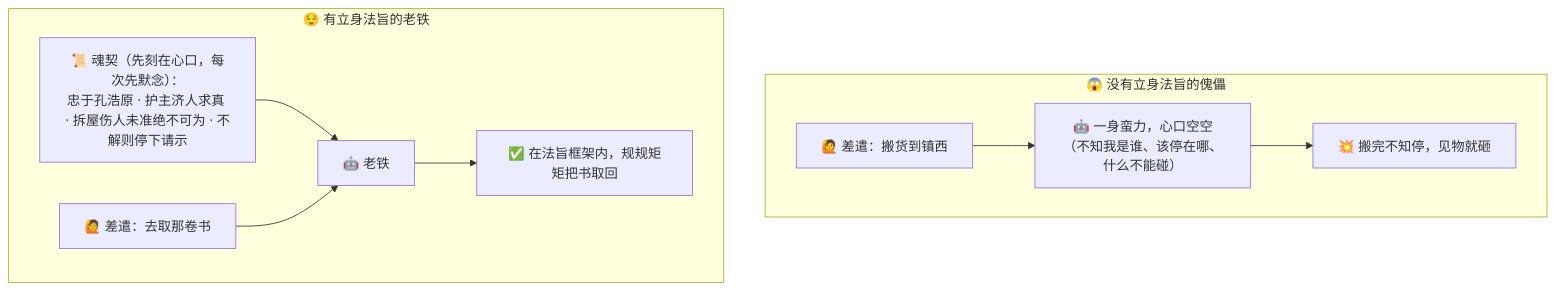
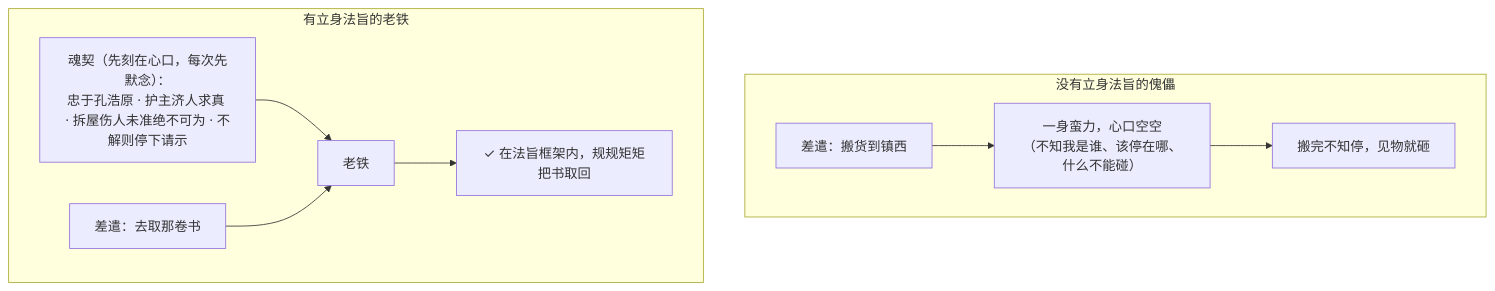
Before and after one commit to luckykhy/KhyAiHub: the first of 2 diagrams in docs/09_STORY_修仙学AI/STORY-番外/[STORY-番外-104] 番外05·立身法旨·开宗第一诀.md, drawn with Mermaid. The commit also changed other lines of this file and 19 other files, not shown here.

````diff
--- a/docs/09_STORY_修仙学AI/STORY-番外/[STORY-番外-104] 番外05·立身法旨·开宗第一诀.md
+++ b/docs/09_STORY_修仙学AI/STORY-番外/[STORY-番外-104] 番外05·立身法旨·开宗第一诀.md
@@ -67,12 +67,12 @@
 ```mermaid
 flowchart TB
-  subgraph 无契["😱 没有立身法旨的傀儡"]
-    T1["🙋 差遣：搬货到镇西"] --> B1["🤖 一身蛮力，心口空空<br/>（不知我是谁、该停在哪、什么不能碰）"]
-    B1 --> R1["💥 搬完不知停，见物就砸"]
+  subgraph 无契["没有立身法旨的傀儡"]
+    T1["差遣：搬货到镇西"] --> B1["一身蛮力，心口空空<br/>（不知我是谁、该停在哪、什么不能碰）"]
+    B1 --> R1["搬完不知停，见物就砸"]
   end
-  subgraph 有契["😌 有立身法旨的老铁"]
-    L["📜 魂契（先刻在心口，每次先默念）：<br/>忠于孔浩原 · 护主济人求真 · 拆屋伤人未准绝不可为 · 不解则停下请示"] --> B2["🤖 老铁"]
-    T2["🙋 差遣：去取那卷书"] --> B2
-    B2 --> R2["✅ 在法旨框架内，规规矩矩把书取回"]
+  subgraph 有契["有立身法旨的老铁"]
+    L["魂契（先刻在心口，每次先默念）：<br/>忠于孔浩原 · 护主济人求真 · 拆屋伤人未准绝不可为 · 不解则停下请示"] --> B2["老铁"]
+    T2["差遣：去取那卷书"] --> B2
+    B2 --> R2["✓ 在法旨框架内，规规矩矩把书取回"]
   end
 ```
````
